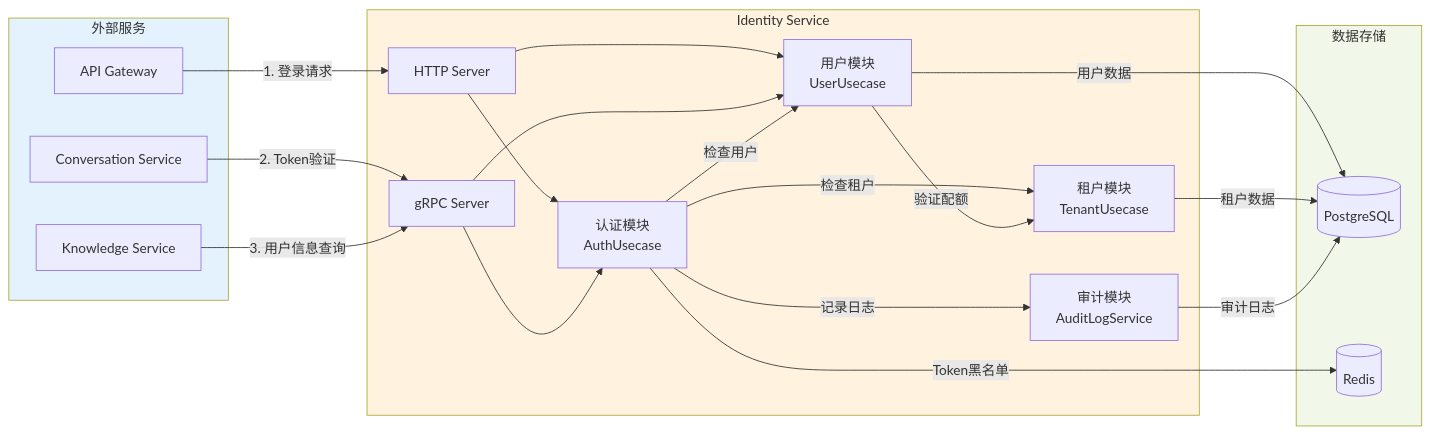
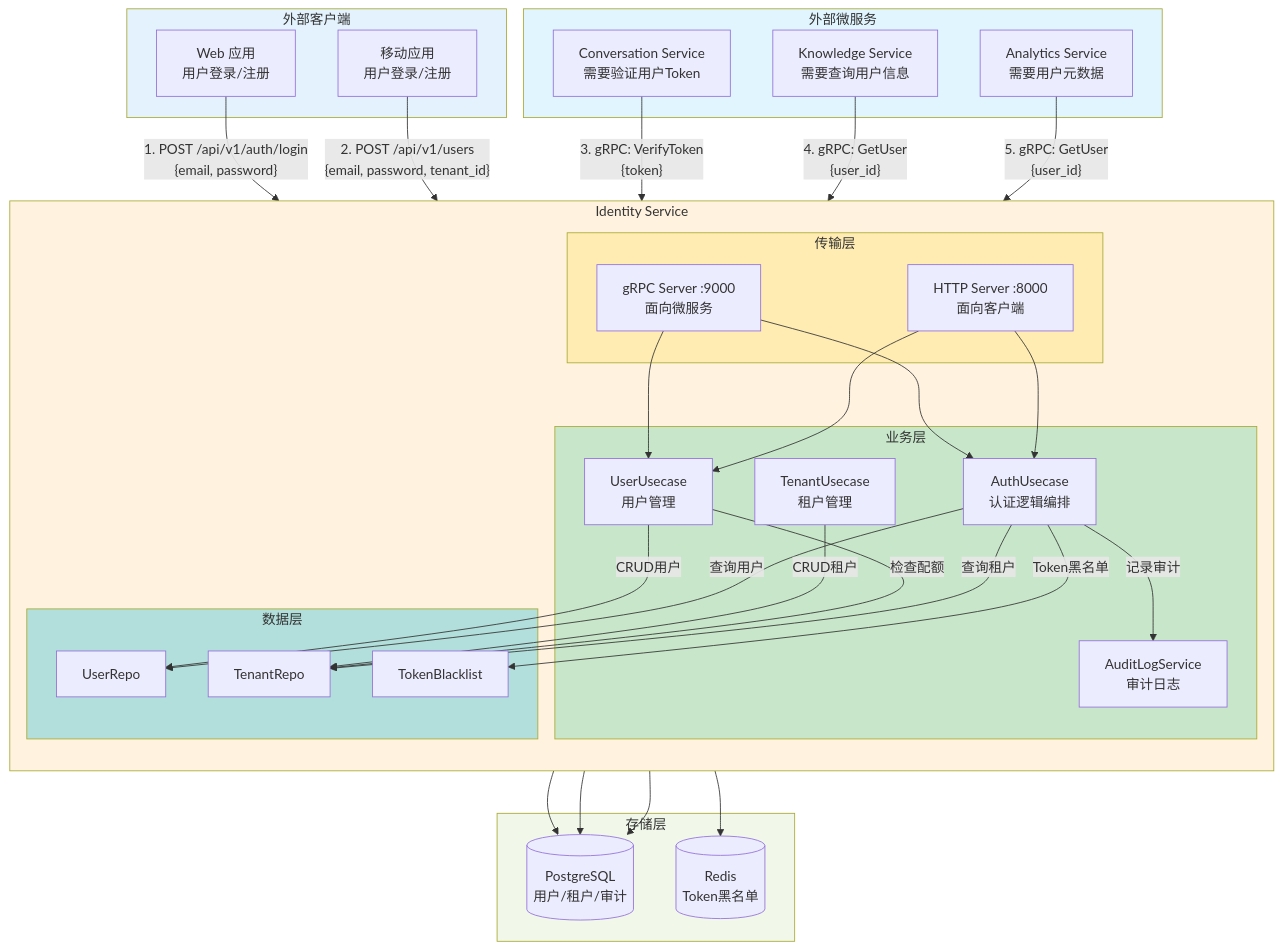
Before and after one commit to haoyunlt/VoiceAssistant: the second of 7 diagrams in docs/VoiceAssistant-03-Identity-Service.md, drawn with Mermaid. The commit also changed other lines of this file and 161 other files, not shown here.

````diff
--- a/docs/VoiceAssistant-03-Identity-Service.md
+++ b/docs/VoiceAssistant-03-Identity-Service.md
@@ -145,45 +358,80 @@
 ```mermaid
-flowchart LR
-    subgraph ExternalServices["外部服务"]
-        APIGateway["API Gateway"]
-        ConversationSvc["Conversation Service"]
-        KnowledgeSvc["Knowledge Service"]
+flowchart TD
+    subgraph ExternalClients["外部客户端"]
+        WebApp["Web 应用<br/>用户登录/注册"]
+        MobileApp["移动应用<br/>用户登录/注册"]
+    end
+
+    subgraph ExternalServices["外部微服务"]
+        ConversationSvc["Conversation Service<br/>需要验证用户Token"]
+        KnowledgeSvc["Knowledge Service<br/>需要查询用户信息"]
+        AnalyticsSvc["Analytics Service<br/>需要用户元数据"]
     end
 
     subgraph IdentityService["Identity Service"]
-        HTTP["HTTP Server"]
-        GRPC["gRPC Server"]
-        AuthModule["认证模块<br/>AuthUsecase"]
-        UserModule["用户模块<br/>UserUsecase"]
-        TenantModule["租户模块<br/>TenantUsecase"]
-        AuditModule["审计模块<br/>AuditLogService"]
+        direction TB
+
+        subgraph Transport["传输层"]
+            HTTPServer["HTTP Server :8000<br/>面向客户端"]
+            GRPCServer["gRPC Server :9000<br/>面向微服务"]
+        end
+
+        subgraph Business["业务层"]
+            AuthUC["AuthUsecase<br/>认证逻辑编排"]
+            UserUC["UserUsecase<br/>用户管理"]
+            TenantUC["TenantUsecase<br/>租户管理"]
+            AuditLog["AuditLogService<br/>审计日志"]
+        end
+
+        subgraph Data["数据层"]
+            UserRepo["UserRepo"]
+            TenantRepo["TenantRepo"]
+            TokenBL["TokenBlacklist"]
+        end
     end
 
-    subgraph DataStores["数据存储"]
-        PG[(PostgreSQL)]
-        RedisCache[(Redis)]
+    subgraph Storage["存储层"]
+        PG[(PostgreSQL<br/>用户/租户/审计)]
+        Redis[(Redis<br/>Token黑名单)]
     end
 
-    APIGateway -->|"1. 登录请求"| HTTP
-    ConversationSvc -->|"2. Token验证"| GRPC
-    KnowledgeSvc -->|"3. 用户信息查询"| GRPC
+    %% 外部客户端流量
+    WebApp -->|"1. POST /api/v1/auth/login<br/>{email, password}"| HTTPServer
+    MobileApp -->|"2. POST /api/v1/users<br/>{email, password, tenant_id}"| HTTPServer
 
-    HTTP --> AuthModule
-    HTTP --> UserModule
-    GRPC --> AuthModule
-    GRPC --> UserModule
+    %% 微服务间调用
+    ConversationSvc -->|"3. gRPC: VerifyToken<br/>{token}"| GRPCServer
+    KnowledgeSvc -->|"4. gRPC: GetUser<br/>{user_id}"| GRPCServer
+    AnalyticsSvc -->|"5. gRPC: GetUser<br/>{user_id}"| GRPCServer
 
-    AuthModule -->|"检查用户"| UserModule
-    AuthModule -->|"检查租户"| TenantModule
-    AuthModule -->|"记录日志"| AuditModule
-    UserModule -->|"验证配额"| TenantModule
+    %% 传输层到业务层
+    HTTPServer --> AuthUC
+    HTTPServer --> UserUC
+    GRPCServer --> AuthUC
+    GRPCServer --> UserUC
 
-    AuthModule -->|"Token黑名单"| RedisCache
-    UserModule -->|"用户数据"| PG
-    TenantModule -->|"租户数据"| PG
-    AuditModule -->|"审计日志"| PG
+    %% 业务层协作
+    AuthUC -->|"查询用户"| UserRepo
+    AuthUC -->|"查询租户"| TenantRepo
+    AuthUC -->|"Token黑名单"| TokenBL
+    AuthUC -->|"记录审计"| AuditLog
 
-    style ExternalServices fill:#e3f2fd
+    UserUC -->|"CRUD用户"| UserRepo
+    UserUC -->|"检查配额"| TenantRepo
+
+    TenantUC -->|"CRUD租户"| TenantRepo
+
+    %% 数据层到存储层
+    UserRepo --> PG
+    TenantRepo --> PG
+    AuditLog --> PG
+    TokenBL --> Redis
+
+    style ExternalClients fill:#e3f2fd
+    style ExternalServices fill:#e1f5fe
     style IdentityService fill:#fff3e0
-    style DataStores fill:#f1f8e9
+    style Transport fill:#ffecb3
+    style Business fill:#c8e6c9
+    style Data fill:#b2dfdb
+    style Storage fill:#f1f8e9
 ```
````
